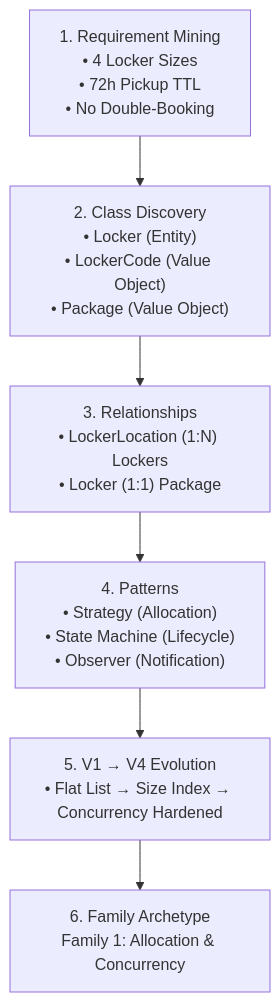
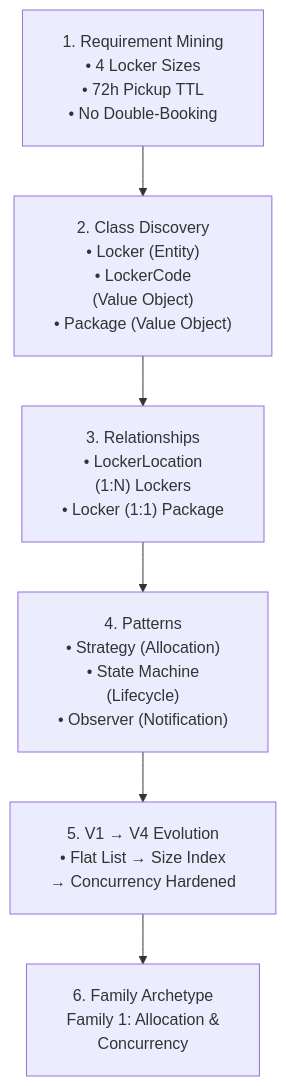
Before and after one commit to dip4k/DSA_102: the first of 2 diagrams in LLD/02_Tier2_Classic_LLD/19_Amazon_Locker_System.md, drawn with Mermaid. The commit also changed 108 other files, not shown here.

First line of the commit message:
fix(mermaid): resolve diagram clipping, padding, and syntax issues across repo

````diff
--- a/LLD/02_Tier2_Classic_LLD/19_Amazon_Locker_System.md
+++ b/LLD/02_Tier2_Classic_LLD/19_Amazon_Locker_System.md
@@ -14,8 +14,9 @@
 ```mermaid
+%%{init: {"flowchart": {"htmlLabels": true, "padding": 20}}}%%
 flowchart TD
-    A["1. Requirement Mining<br/>• 4 Locker Sizes<br/>• 72h Pickup TTL<br/>• No Double-Booking"] --> B["2. Class Discovery<br/>• Locker (Entity)<br/>• LockerCode (Value Object)<br/>• Package (Value Object)"]
-    B --> C["3. Relationships<br/>• LockerLocation (1:N) Lockers<br/>• Locker (1:1) Package"]
-    C --> D["4. Patterns<br/>• Strategy (Allocation)<br/>• State Machine (Lifecycle)<br/>• Observer (Notification)"]
-    D --> E["5. V1 → V4 Evolution<br/>• Flat List → Size Index → Concurrency Hardened"]
-    E --> F["6. Family Archetype<br/>Family 1: Allocation & Concurrency"]
+    A["1. Requirement Mining<br/>• 4 Locker Sizes<br/>• 72h Pickup TTL<br/>• No Double-Booking"] --> B["2. Class Discovery<br/>• Locker (Entity)<br/>• LockerCode<br/>(Value Object)<br/>• Package (Value Object)"]
+    B --> C["3. Relationships<br/>• LockerLocation<br/>(1:N) Lockers<br/>• Locker (1:1) Package"]
+    C --> D["4. Patterns<br/>• Strategy (Allocation)<br/>• State Machine<br/>(Lifecycle)<br/>• Observer (Notification)"]
+    D --> E["5. V1 → V4 Evolution<br/>• Flat List → Size Index<br/>→ Concurrency Hardened"]
+    E --> F["6. Family Archetype<br/>Family 1: Allocation &<br/>Concurrency"]
 ```
````
